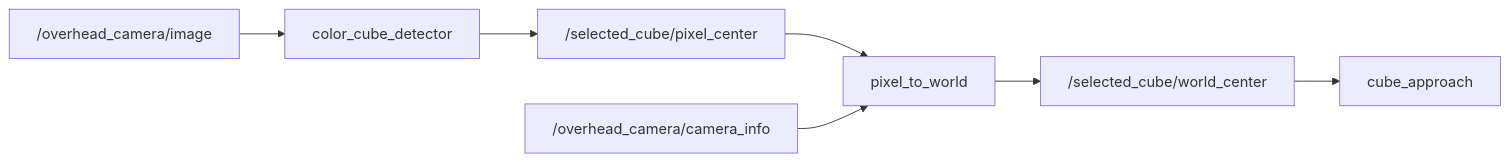
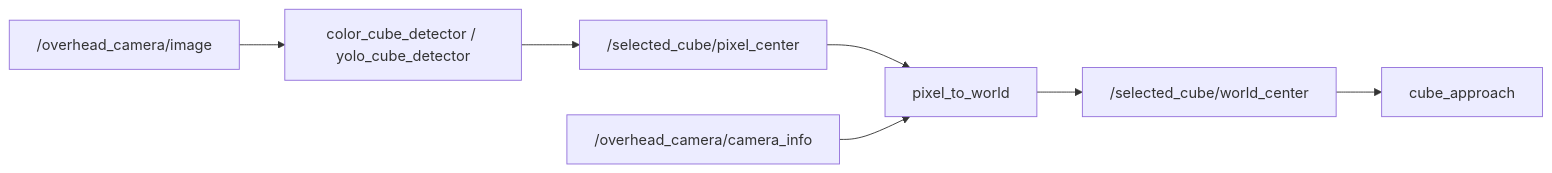
One commit to rajindulkar22/mycobot_ws changed the third of 3 diagrams in README.md. Above: the diagram before and after it, drawn with Mermaid. The commit also changed other lines of this file and 694 other files, not shown here.

````diff
--- a/README.md
+++ b/README.md
@@ -473,13 +480,13 @@
 ```mermaid
 flowchart LR
   cam["/overhead_camera/image"]
   info["/overhead_camera/camera_info"]
-  det["color_cube_detector"]
+  det["color_cube_detector / yolo_cube_detector"]
   pix["/selected_cube/pixel_center"]
   p2w["pixel_to_world"]
   world["/selected_cube/world_center"]
   pick["cube_approach"]
 
   cam --> det --> pix --> p2w --> world --> pick
   info --> p2w
 ```
````
